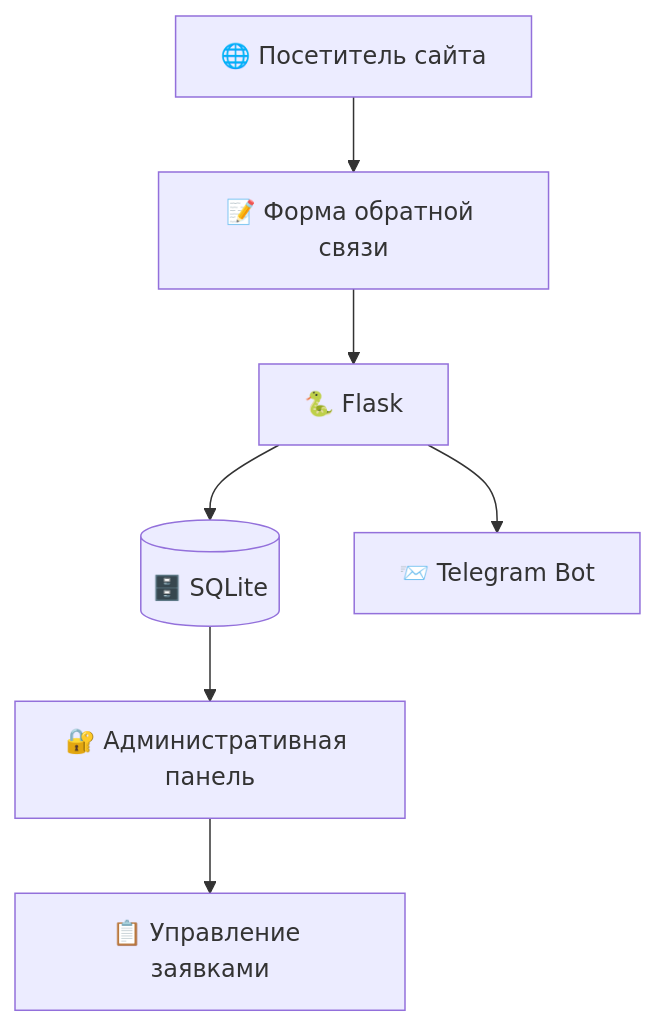
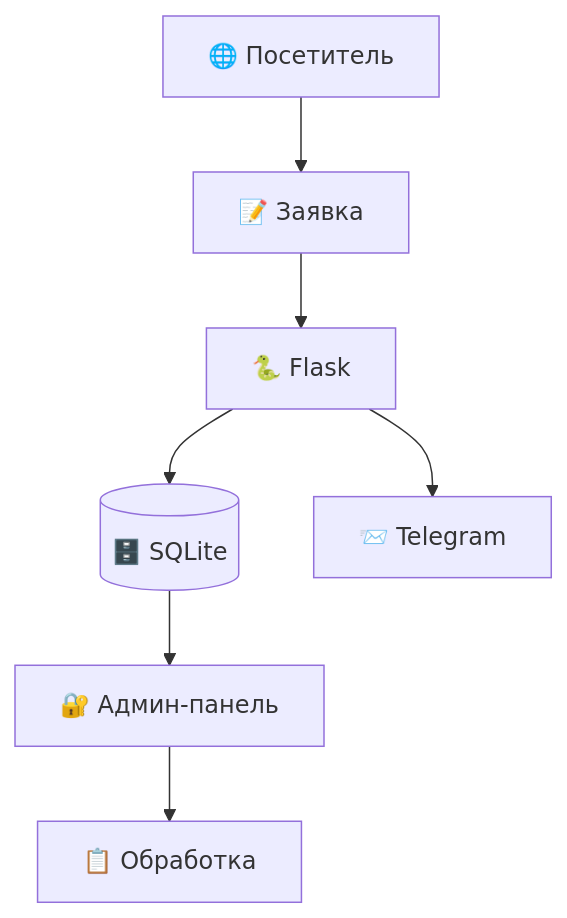
Before and after one commit to andrgol12-sys/aigolubev-website: the second of 2 diagrams in README.md, drawn with Mermaid. The commit also changed other lines of this file, not shown here.

Commit message:
docs: fix Mermaid diagram labels

````diff
--- a/README.md
+++ b/README.md
@@ -112,9 +112,9 @@
 ```mermaid
 flowchart TD
-    A["🌐 Посетитель сайта"] --> B["📝 Форма обратной связи"]
+    A["🌐 Посетитель"] --> B["📝 Заявка"]
     B --> C["🐍 Flask"]
     C --> D[("🗄️ SQLite")]
-    C --> E["📨 Telegram Bot"]
-    D --> F["🔐 Административная панель"]
-    F --> G["📋 Управление заявками"]
+    C --> E["📨 Telegram"]
+    D --> F["🔐 Админ-панель"]
+    F --> G["📋 Обработка"]
 ```
````
